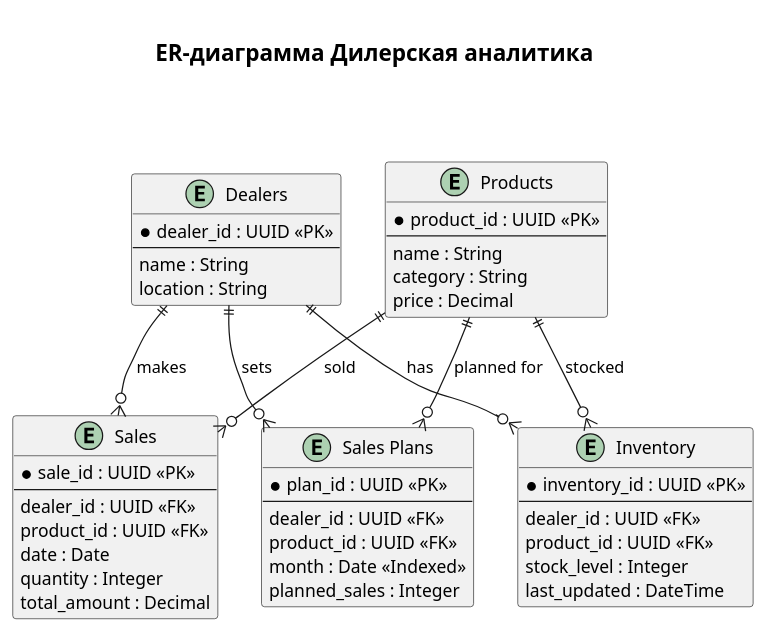
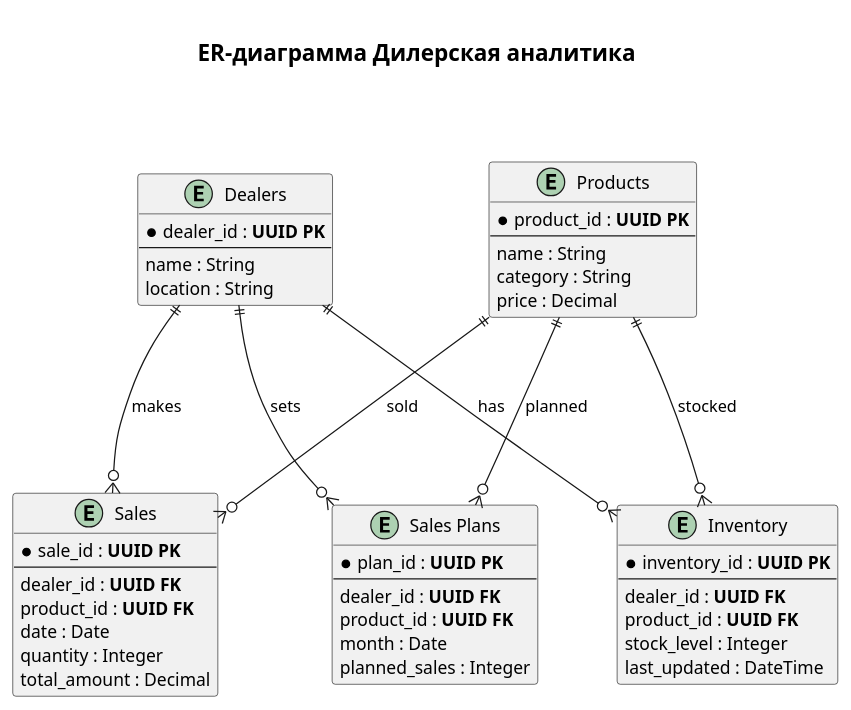
The diagram in docs/analysis/puml/er_diagram.puml (SynaxIntelligence/dealer-docs), drawn with PlantUML before and after one commit. The commit also changed 17 other files, not shown here.

```diff
--- a/docs/analysis/puml/er_diagram.puml
+++ b/docs/analysis/puml/er_diagram.puml
@@ -1,64 +1,64 @@
 @startuml
 
 title \n= ER-диаграмма Дилерская аналитика\n\n\n
 
 entity "Dealers" as Dealers {
-  * dealer_id : UUID <<PK>>
+  * dealer_id : **UUID PK**
   ---
   name : String
   location : String
 }
 
 entity "Products" as Products {
-  * product_id : UUID <<PK>>
+  * product_id : **UUID PK**
   ---
   name : String
   category : String
   price : Decimal
 }
 
 entity "Sales" as Sales {
-  * sale_id : UUID <<PK>>
+  * sale_id : **UUID PK**
   ---
-  dealer_id : UUID <<FK>>
-  product_id : UUID <<FK>>
+  dealer_id : **UUID FK**
+  product_id : **UUID FK**
   date : Date
   quantity : Integer
   total_amount : Decimal
 }
 
 entity "Inventory" as Inventory {
-  * inventory_id : UUID <<PK>>
+  * inventory_id : **UUID PK**
   ---
-  dealer_id : UUID <<FK>>
-  product_id : UUID <<FK>>
+  dealer_id : **UUID FK**
+  product_id : **UUID FK**
   stock_level : Integer
   last_updated : DateTime
 }
 
 entity "Sales Plans" as SalesPlans {
-  * plan_id : UUID <<PK>>
+  * plan_id : **UUID PK**
   ---
-  dealer_id : UUID <<FK>>
-  product_id : UUID <<FK>>
-  month : Date <<Indexed>>
+  dealer_id : **UUID FK**
+  product_id : **UUID FK**
+  month : Date
   planned_sales : Integer
 }
 
-Dealers ||--o{ Sales : "makes"
-Products ||--o{ Sales : "sold"
-Dealers ||--o{ Inventory : "has"
-Products ||--o{ Inventory : "stocked"
-Dealers ||--o{ SalesPlans : "sets"
-Products ||--o{ SalesPlans : "planned for"
+Dealers ||---o{ Sales : "makes"
+Products ||---o{ Sales : "sold"
+Dealers ||---o{ Inventory : "has"
+Products ||---o{ Inventory : "stocked"
+Dealers ||---o{ SalesPlans : "sets"
+Products ||---o{ SalesPlans : "planned"
 
 ' Display settings
 skinparam entity {
     BackgroundColor #E0E0E0
     BorderColor #000000
 }
 skinparam rectangle {
     BackgroundColor #FFFFFF
 }
 
 @enduml
```
